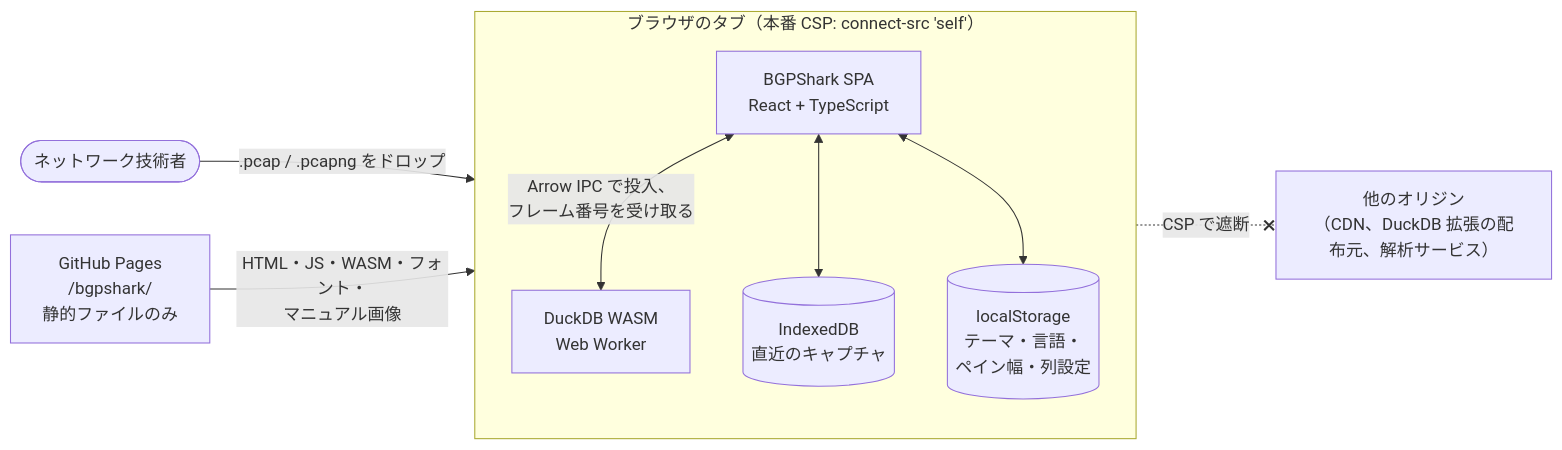
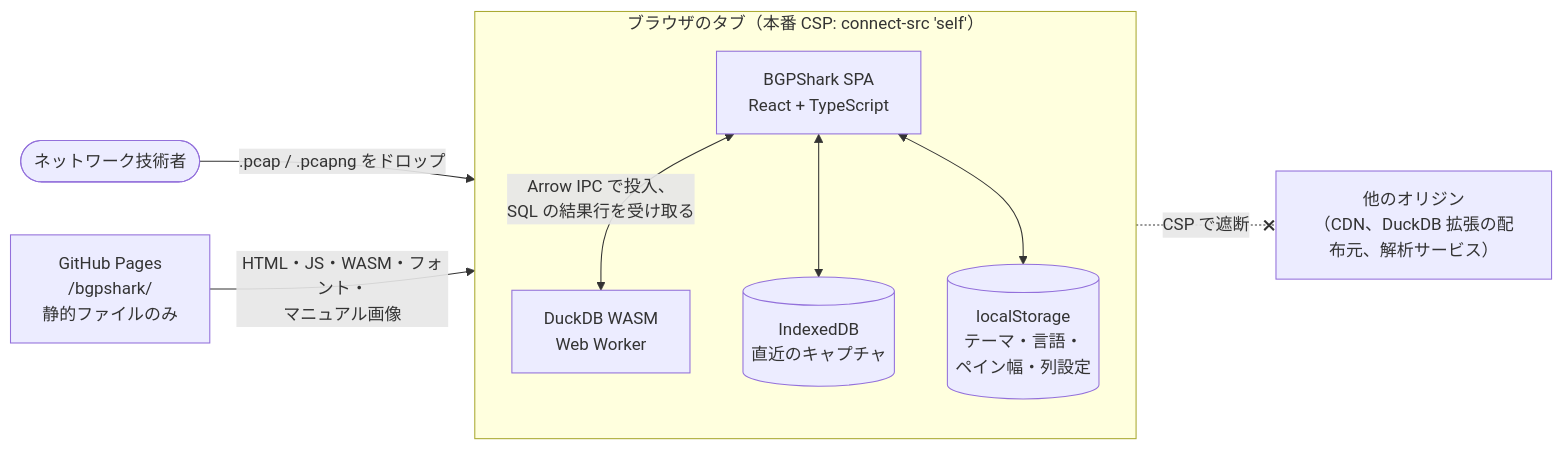
One commit to shmuto/bgpshark changed the first of 13 diagrams in docs/architecture.ja.md. Above: the diagram before and after it, drawn with Mermaid. The commit also changed other lines of this file and 8 other files, not shown here.

Commit message:
Docs: review and polish CLAUDE.md and architecture/design docs

````diff
--- a/docs/architecture.ja.md
+++ b/docs/architecture.ja.md
@@ -46,22 +46,22 @@
 ```mermaid
 flowchart LR
     user(["ネットワーク技術者"])
     pages["GitHub Pages<br/>/bgpshark/<br/>静的ファイルのみ"]
 
     subgraph browser["ブラウザのタブ（本番 CSP: connect-src 'self'）"]
         direction TB
         app["BGPShark SPA<br/>React + TypeScript"]
         worker["DuckDB WASM<br/>Web Worker"]
         idb[("IndexedDB<br/>直近のキャプチャ")]
         ls[("localStorage<br/>テーマ・言語・<br/>ペイン幅・列設定")]
-        app <-- "Arrow IPC で投入、<br/>フレーム番号を受け取る" --> worker
+        app <-- "Arrow IPC で投入、<br/>SQL の結果行を受け取る" --> worker
         app <--> idb
         app <--> ls
     end
 
     third["他のオリジン<br/>（CDN、DuckDB 拡張の配布元、解析サービス）"]
 
     user -- ".pcap / .pcapng をドロップ" --> app
     pages -- "HTML・JS・WASM・フォント・<br/>マニュアル画像" --> app
     app -. "CSP で遮断" .-x third
 ```
````
